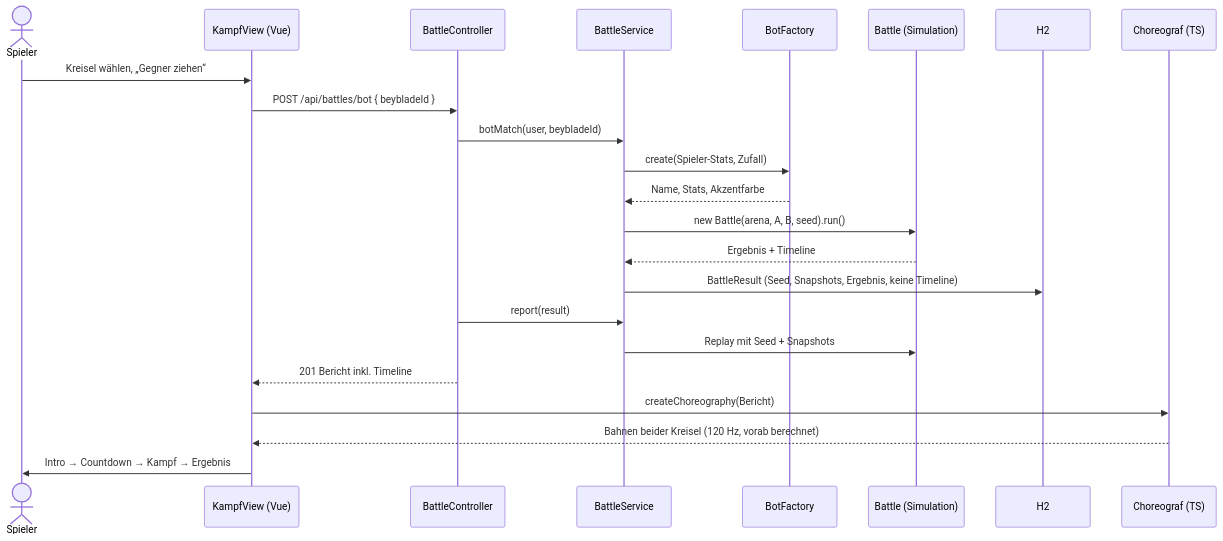
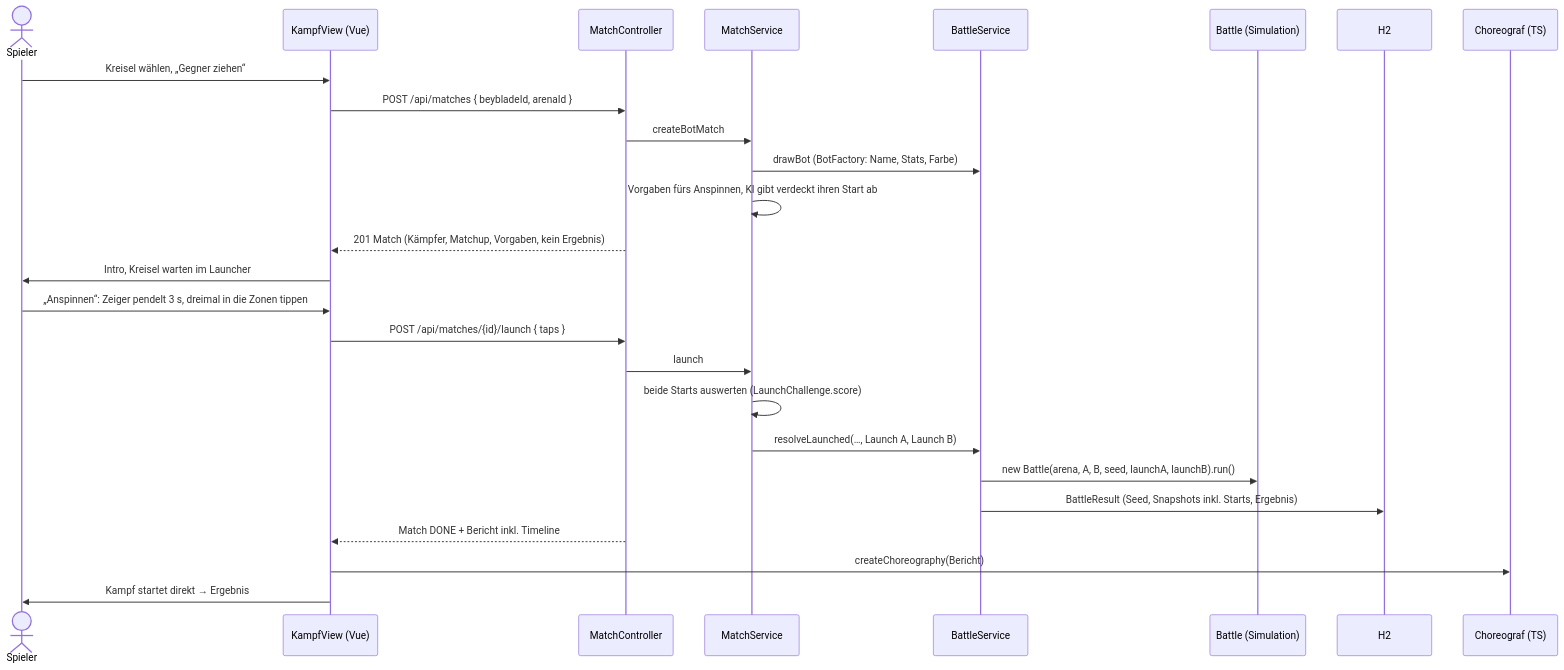
The diagram in docs/architektur/kampfsystem.md (Knick1301/Kreisel-Kaempfe), drawn with Mermaid before and after one commit. The commit also changed other lines of this file and 54 other files, not shown here.

````diff
--- a/docs/architektur/kampfsystem.md
+++ b/docs/architektur/kampfsystem.md
@@ -11,26 +11,29 @@
 ```mermaid
 sequenceDiagram
     actor S as Spieler
     participant V as KampfView (Vue)
-    participant API as BattleController
+    participant API as MatchController
+    participant MS as MatchService
     participant BS as BattleService
-    participant BF as BotFactory
     participant B as Battle (Simulation)
     participant DB as H2
     participant C as Choreograf (TS)
 
     S->>V: Kreisel wählen, „Gegner ziehen“
-    V->>API: POST /api/battles/bot { beybladeId }
-    API->>BS: botMatch(user, beybladeId)
-    BS->>BF: create(Spieler-Stats, Zufall)
-    BF-->>BS: Name, Stats, Akzentfarbe
-    BS->>B: new Battle(arena, A, B, seed).run()
-    B-->>BS: Ergebnis + Timeline
-    BS->>DB: BattleResult (Seed, Snapshots, Ergebnis, keine Timeline)
-    API->>BS: report(result)
-    BS->>B: Replay mit Seed + Snapshots
-    API-->>V: 201 Bericht inkl. Timeline
+    V->>API: POST /api/matches { beybladeId, arenaId }
+    API->>MS: createBotMatch
+    MS->>BS: drawBot (BotFactory: Name, Stats, Farbe)
+    MS->>MS: Vorgaben fürs Anspinnen, KI gibt verdeckt ihren Start ab
+    API-->>V: 201 Match (Kämpfer, Matchup, Vorgaben, kein Ergebnis)
+    V->>S: Intro, Kreisel warten im Launcher
+    S->>V: „Anspinnen“: Zeiger pendelt 3 s, dreimal in die Zonen tippen
+    V->>API: POST /api/matches/{id}/launch { taps }
+    API->>MS: launch
+    MS->>MS: beide Starts auswerten (LaunchChallenge.score)
+    MS->>BS: resolveLaunched(…, Launch A, Launch B)
+    BS->>B: new Battle(arena, A, B, seed, launchA, launchB).run()
+    BS->>DB: BattleResult (Seed, Snapshots inkl. Starts, Ergebnis)
+    API-->>V: Match DONE + Bericht inkl. Timeline
     V->>C: createChoreography(Bericht)
-    C-->>V: Bahnen beider Kreisel (120 Hz, vorab berechnet)
-    V->>S: Intro → Countdown → Kampf → Ergebnis
+    V->>S: Kampf startet direkt → Ergebnis
 ```
````
